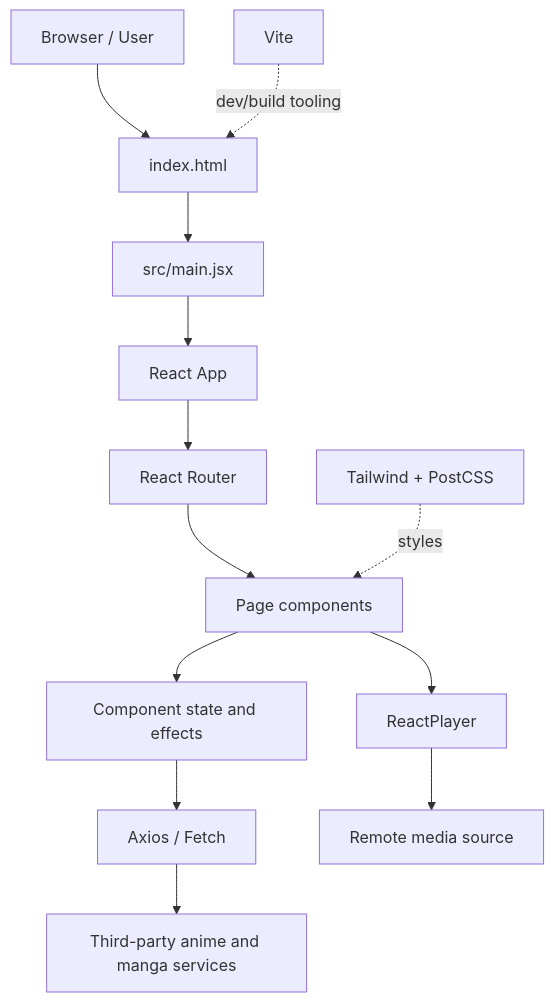
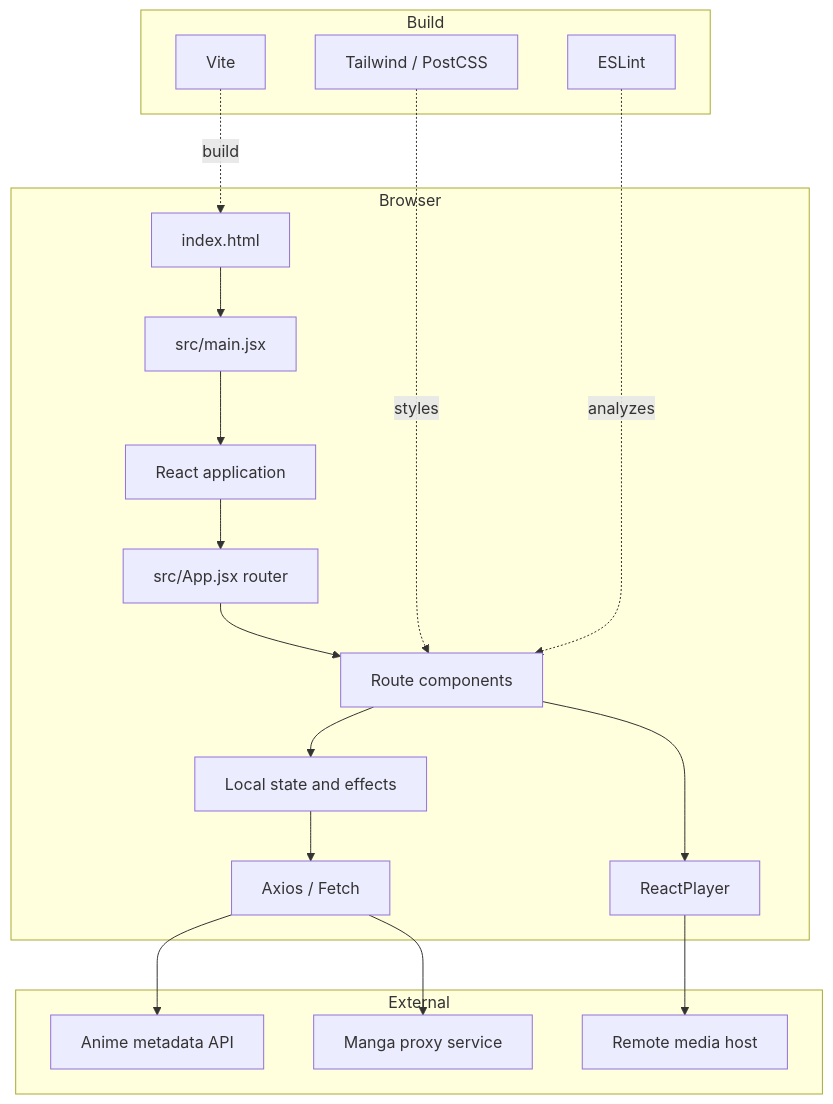
One commit to Brajesh31/Anime_website changed the diagram in docs/architecture.md. Above: the diagram before and after it, drawn with Mermaid. The commit also changed other lines of this file and 42 other files, not shown here.

Commit message:
docs: comprehensively expand project documentation and diagrams

````diff
--- a/docs/architecture.md
+++ b/docs/architecture.md
@@ -7,15 +10,31 @@
 ```mermaid
 flowchart TB
-  U[Browser / User] --> H[index.html]
-  H --> M[src/main.jsx]
-  M --> A[React App]
-  A --> R[React Router]
-  R --> P[Page components]
-  P --> S[Component state and effects]
-  S --> X[Axios / Fetch]
-  X --> API[Third-party anime and manga services]
-  P --> V[ReactPlayer]
-  V --> MEDIA[Remote media source]
-  T[Vite] -. dev/build tooling .-> H
-  C[Tailwind + PostCSS] -. styles .-> P
+ subgraph Browser
+  HTML[index.html]
+  ENTRY[src/main.jsx]
+  APP[React application]
+  ROUTER[src/App.jsx router]
+  PAGES[Route components]
+  STATE[Local state and effects]
+  HTTP[Axios / Fetch]
+  PLAYER[ReactPlayer]
+ end
+ subgraph Build
+  VITE[Vite]
+  CSS[Tailwind / PostCSS]
+  ESLINT[ESLint]
+ end
+ subgraph External
+  ANIME[Anime metadata API]
+  MANGA[Manga proxy service]
+  MEDIA[Remote media host]
+ end
+ HTML --> ENTRY --> APP --> ROUTER --> PAGES
+ PAGES --> STATE --> HTTP
+ HTTP --> ANIME
+ HTTP --> MANGA
+ PAGES --> PLAYER --> MEDIA
+ VITE -. build .-> HTML
+ CSS -. styles .-> PAGES
+ ESLINT -. analyzes .-> PAGES
 ```
````
